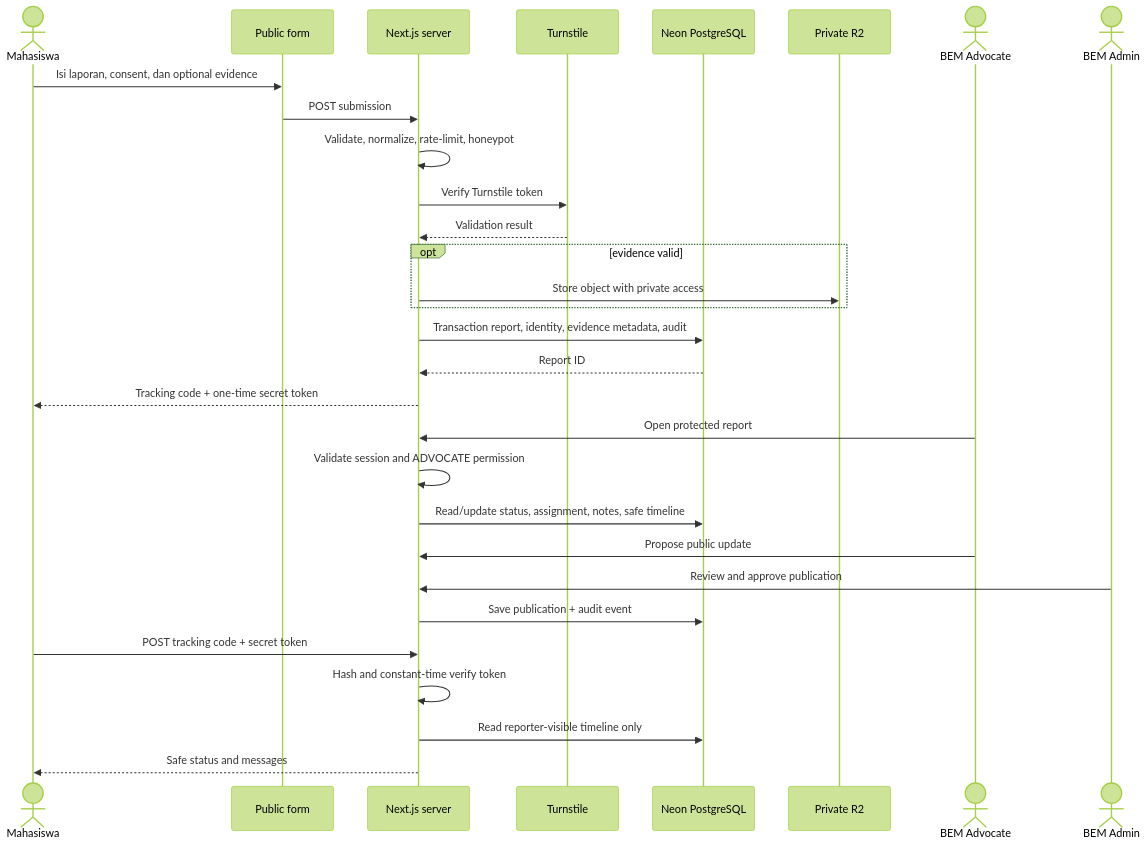
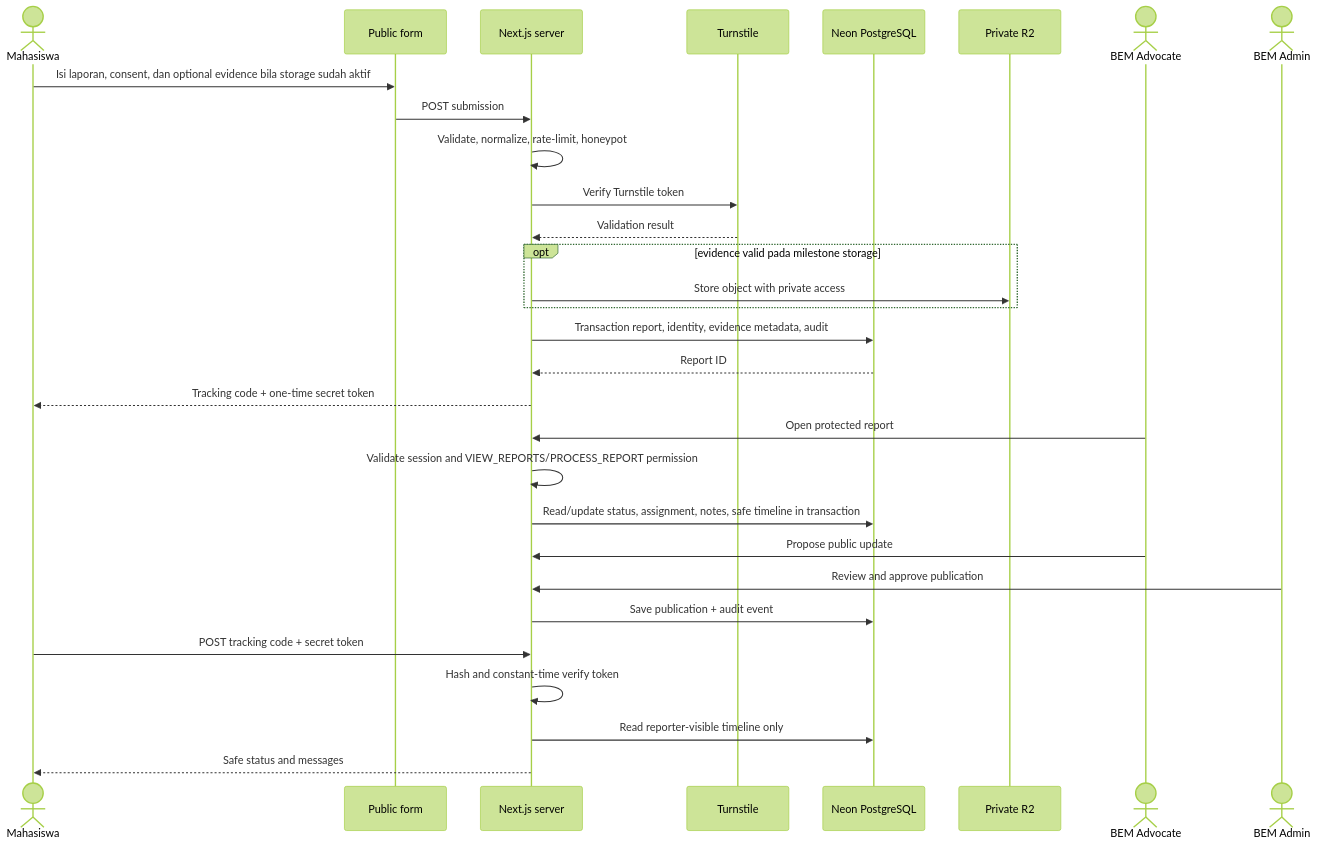
One commit to morrispes5/muara-aspirasi changed the second of 2 diagrams in docs/ARCHITECTURE.md. Above: the diagram before and after it, drawn with Mermaid (forest theme). The commit also changed other lines of this file and 24 other files, not shown here.

````diff
--- a/docs/ARCHITECTURE.md
+++ b/docs/ARCHITECTURE.md
@@ -206,35 +218,35 @@
 ```mermaid
 sequenceDiagram
   actor Student as Mahasiswa
   participant Web as Public form
   participant API as Next.js server
   participant CF as Turnstile
   participant DB as Neon PostgreSQL
   participant R2 as Private R2
   actor Advocate as BEM Advocate
   actor Admin as BEM Admin
 
-  Student->>Web: Isi laporan, consent, dan optional evidence
+  Student->>Web: Isi laporan, consent, dan optional evidence bila storage sudah aktif
   Web->>API: POST submission
   API->>API: Validate, normalize, rate-limit, honeypot
   API->>CF: Verify Turnstile token
   CF-->>API: Validation result
-  opt evidence valid
+  opt evidence valid pada milestone storage
     API->>R2: Store object with private access
   end
   API->>DB: Transaction report, identity, evidence metadata, audit
   DB-->>API: Report ID
   API-->>Student: Tracking code + one-time secret token
 
   Advocate->>API: Open protected report
-  API->>API: Validate session and ADVOCATE permission
-  API->>DB: Read/update status, assignment, notes, safe timeline
+  API->>API: Validate session and VIEW_REPORTS/PROCESS_REPORT permission
+  API->>DB: Read/update status, assignment, notes, safe timeline in transaction
   Advocate->>API: Propose public update
   Admin->>API: Review and approve publication
   API->>DB: Save publication + audit event
 
   Student->>API: POST tracking code + secret token
   API->>API: Hash and constant-time verify token
   API->>DB: Read reporter-visible timeline only
   API-->>Student: Safe status and messages
 ```
````
